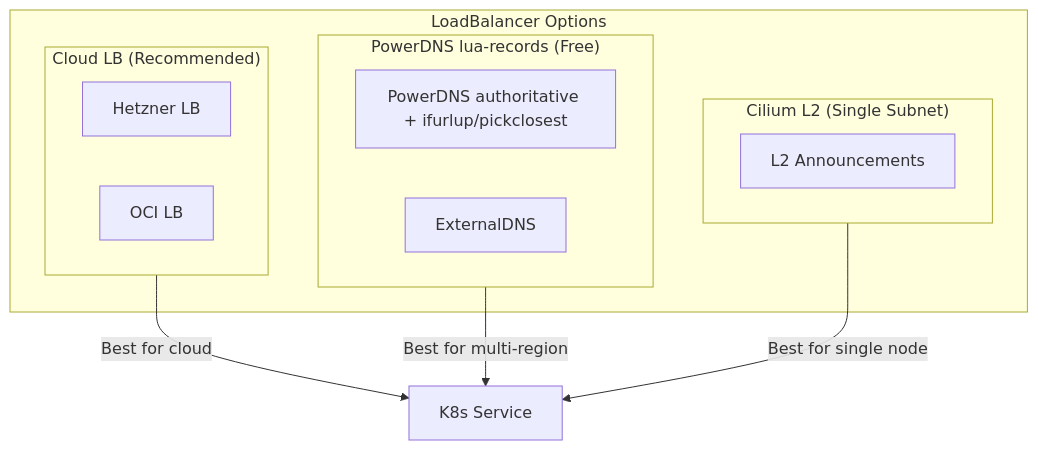
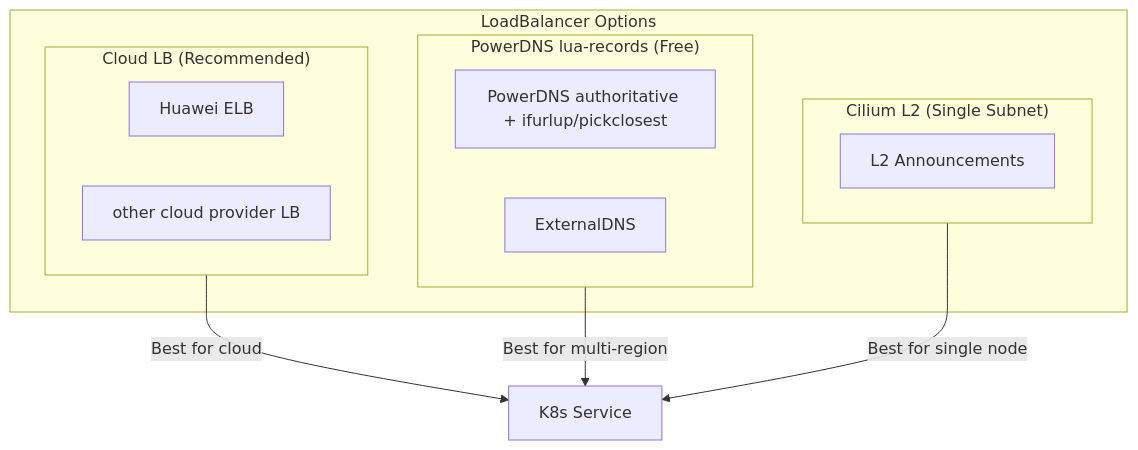
The second of 2 diagrams in platform/cilium/README.md (openova-io/openova), drawn with Mermaid before and after one commit. The commit also changed other lines of this file and 101 other files, not shown here.

````diff
--- a/platform/cilium/README.md
+++ b/platform/cilium/README.md
@@ -464,22 +464,22 @@
 ```mermaid
 flowchart TB
     subgraph Options["LoadBalancer Options"]
         subgraph CloudLB["Cloud LB (Recommended)"]
-            HetznerLB[Hetzner LB]
-            OCILB[OCI LB]
+            HuaweiELB[Huawei ELB]
+            OtherLB[other cloud provider LB]
         end
 
         subgraph PdnsLB["PowerDNS lua-records (Free)"]
             PDNS[PowerDNS authoritative + ifurlup/pickclosest]
             ExternalDNS[ExternalDNS]
         end
 
         subgraph CiliumLB["Cilium L2 (Single Subnet)"]
             L2[L2 Announcements]
         end
     end
 
     CloudLB -->|"Best for cloud"| Service[K8s Service]
     PdnsLB -->|"Best for multi-region"| Service
     CiliumLB -->|"Best for single node"| Service
 ```
````
